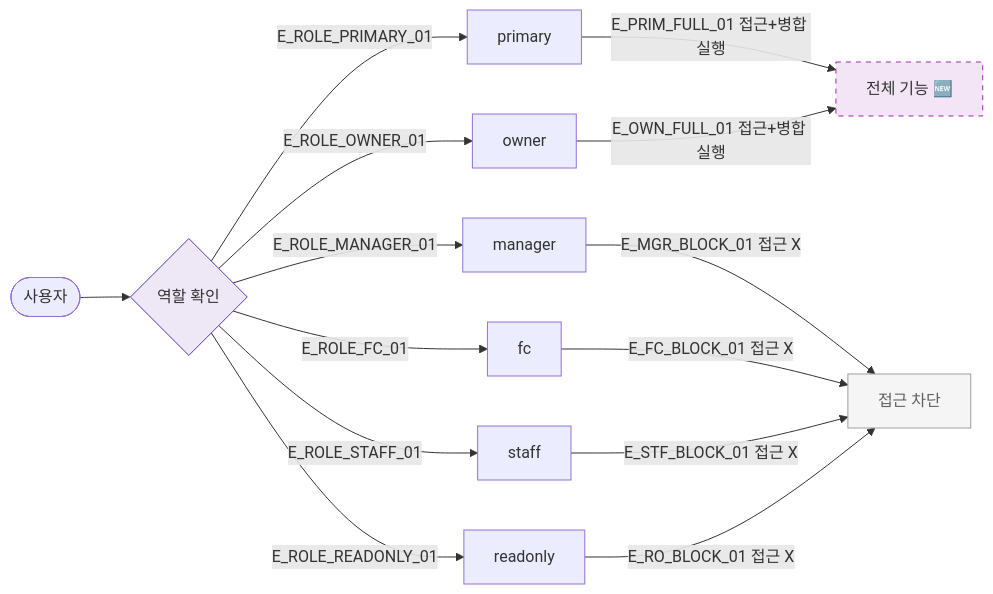
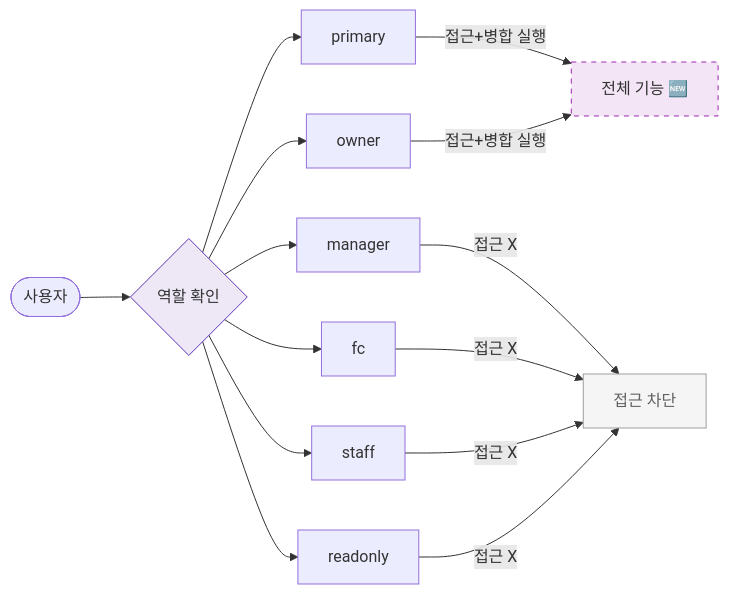
Before and after one commit to dev-spogym/admin-pando: the diagram in docs/다이어그램/D02_회원관리/SCR-M007_회원병합/F7_권한분기.md, drawn with Mermaid. The commit also changed other lines of this file and 1660 other files, not shown here.

First line of the commit message:
다이어그램: 기획자/클라이언트 납품본으로 정리

````diff
--- a/docs/다이어그램/D02_회원관리/SCR-M007_회원병합/F7_권한분기.md
+++ b/docs/다이어그램/D02_회원관리/SCR-M007_회원병합/F7_권한분기.md
@@ -22,28 +20,28 @@
 ```mermaid
 flowchart LR
   USER([사용자])
   USER --> ROLE{역할 확인}
 
-  ROLE -->|E_ROLE_PRIMARY_01| PRIM[primary]
-  ROLE -->|E_ROLE_OWNER_01| OWN[owner]
-  ROLE -->|E_ROLE_MANAGER_01| MGR[manager]
-  ROLE -->|E_ROLE_FC_01| FC[fc]
-  ROLE -->|E_ROLE_STAFF_01| STF[staff]
-  ROLE -->|E_ROLE_READONLY_01| RO[readonly]
+  ROLE --> PRIM[primary]
+  ROLE --> OWN[owner]
+  ROLE --> MGR[manager]
+  ROLE --> FC[fc]
+  ROLE --> STF[staff]
+  ROLE --> RO[readonly]
 
-  PRIM -->|E_PRIM_FULL_01 접근+병합 실행| FULL[전체 기능 🆕]
-  OWN  -->|E_OWN_FULL_01 접근+병합 실행| FULL
+  PRIM -->|접근+병합 실행|FULL[전체 기능 🆕]
+  OWN -->|접근+병합 실행|FULL
 
-  MGR  -->|E_MGR_BLOCK_01 접근 X| BLOCKED[접근 차단]
-  FC   -->|E_FC_BLOCK_01 접근 X| BLOCKED
-  STF  -->|E_STF_BLOCK_01 접근 X| BLOCKED
-  RO   -->|E_RO_BLOCK_01 접근 X| BLOCKED
+  MGR -->|접근 X|BLOCKED[접근 차단]
+  FC -->|접근 X|BLOCKED
+  STF -->|접근 X|BLOCKED
+  RO -->|접근 X|BLOCKED
 
-  classDef newFeature  fill:#F3E5F5,stroke:#9C27B0,stroke-dasharray:5 5
+  classDef newFeature fill:#F3E5F5,stroke:#9C27B0,stroke-dasharray:5 5
   classDef rbacBlocked fill:#F5F5F5,stroke:#9E9E9E,color:#616161
-  classDef system      fill:#EDE7F6,stroke:#5E35B2
+  classDef system fill:#EDE7F6,stroke:#5E35B2
 
   class FULL newFeature
   class BLOCKED rbacBlocked
   class ROLE system
 ```
````
